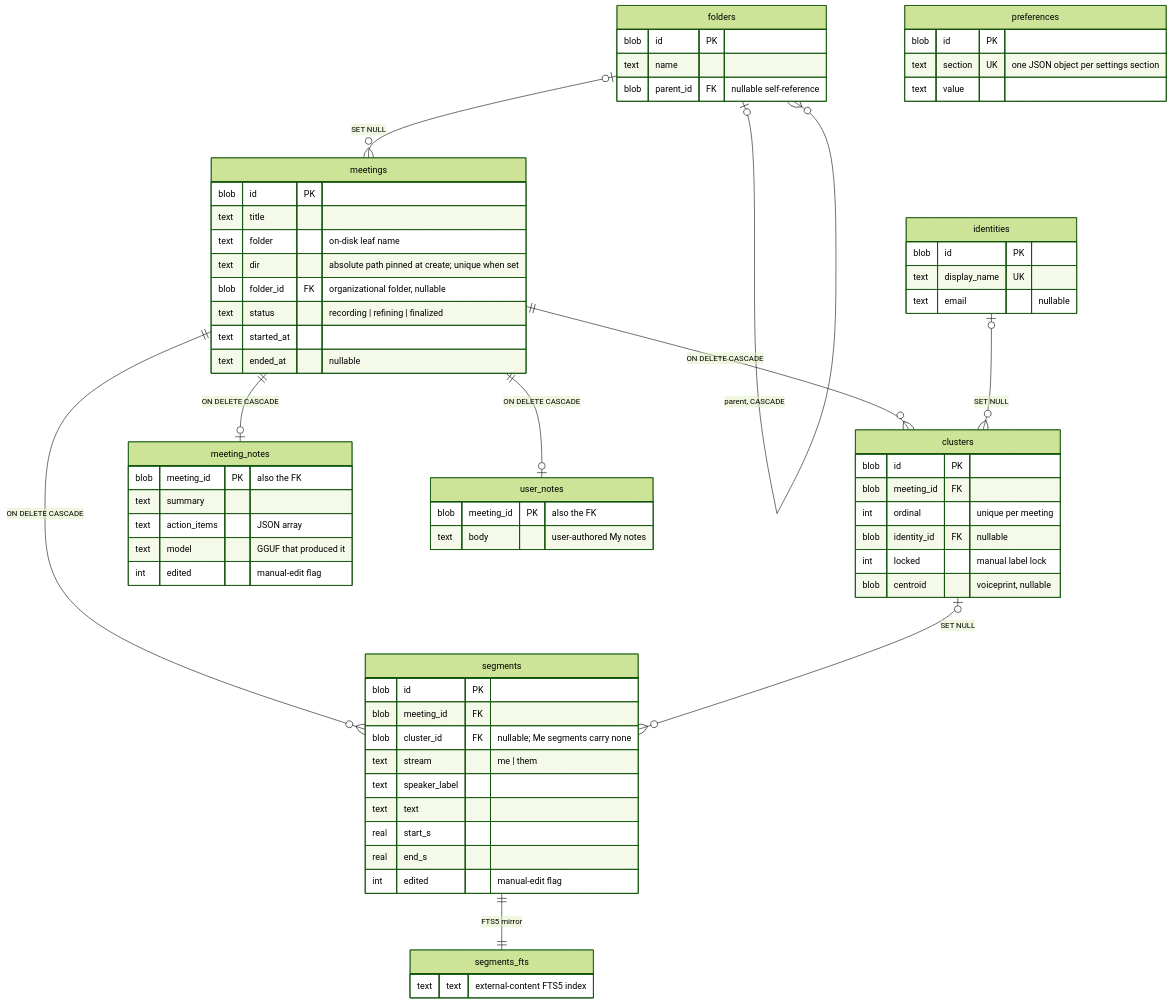
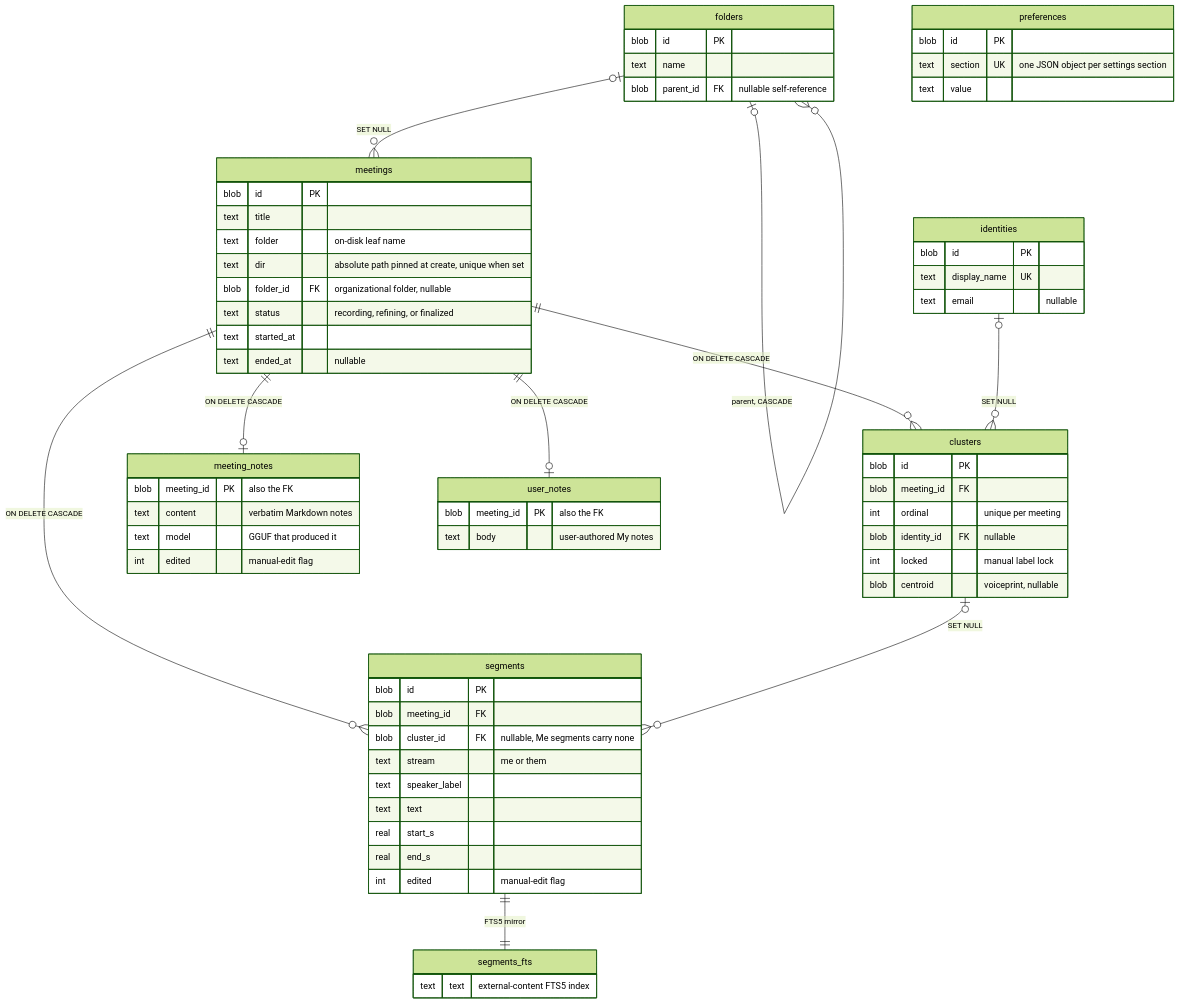
One commit to rwiseman87/hearsay changed the seventh of 7 diagrams in docs/architecture.md. Above: the diagram before and after it, drawn with Mermaid (forest theme). The commit also changed other lines of this file and 17 other files, not shown here.

````diff
--- a/docs/architecture.md
+++ b/docs/architecture.md
@@ -383,71 +405,70 @@
 ```mermaid
 erDiagram
     meetings ||--o{ segments : "ON DELETE CASCADE"
     meetings ||--o{ clusters : "ON DELETE CASCADE"
     meetings ||--o| meeting_notes : "ON DELETE CASCADE"
     meetings ||--o| user_notes : "ON DELETE CASCADE"
     clusters |o--o{ segments : "SET NULL"
     identities |o--o{ clusters : "SET NULL"
     folders |o--o{ meetings : "SET NULL"
     folders |o--o{ folders : "parent, CASCADE"
     segments ||--|| segments_fts : "FTS5 mirror"
 
     meetings {
         blob id PK
         text title
         text folder "on-disk leaf name"
-        text dir "absolute path pinned at create; unique when set"
+        text dir "absolute path pinned at create, unique when set"
         blob folder_id FK "organizational folder, nullable"
-        text status "recording | refining | finalized"
+        text status "recording, refining, or finalized"
         text started_at
         text ended_at "nullable"
     }
     segments {
         blob id PK
         blob meeting_id FK
-        blob cluster_id FK "nullable; Me segments carry none"
-        text stream "me | them"
+        blob cluster_id FK "nullable, Me segments carry none"
+        text stream "me or them"
         text speaker_label
         text text
         real start_s
         real end_s
         int edited "manual-edit flag"
     }
     clusters {
         blob id PK
         blob meeting_id FK
         int ordinal "unique per meeting"
         blob identity_id FK "nullable"
         int locked "manual label lock"
         blob centroid "voiceprint, nullable"
     }
     identities {
         blob id PK
         text display_name UK
         text email "nullable"
     }
     folders {
         blob id PK
         text name
         blob parent_id FK "nullable self-reference"
     }
     meeting_notes {
         blob meeting_id PK "also the FK"
-        text summary
-        text action_items "JSON array"
+        text content "verbatim Markdown notes"
         text model "GGUF that produced it"
         int edited "manual-edit flag"
     }
     user_notes {
         blob meeting_id PK "also the FK"
         text body "user-authored My notes"
     }
     preferences {
         blob id PK
         text section UK "one JSON object per settings section"
         text value
     }
     segments_fts {
         text text "external-content FTS5 index"
     }
 ```
````
